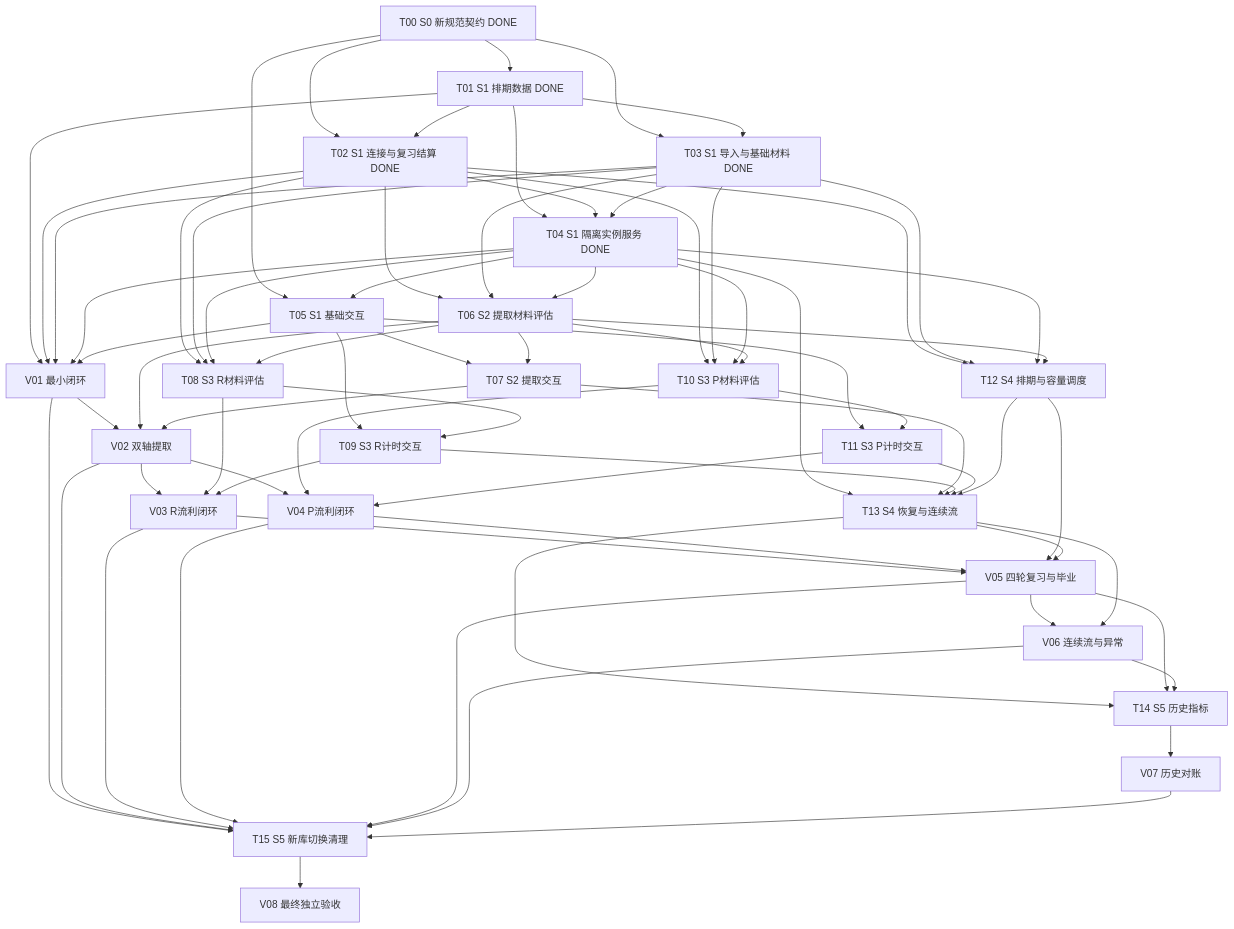
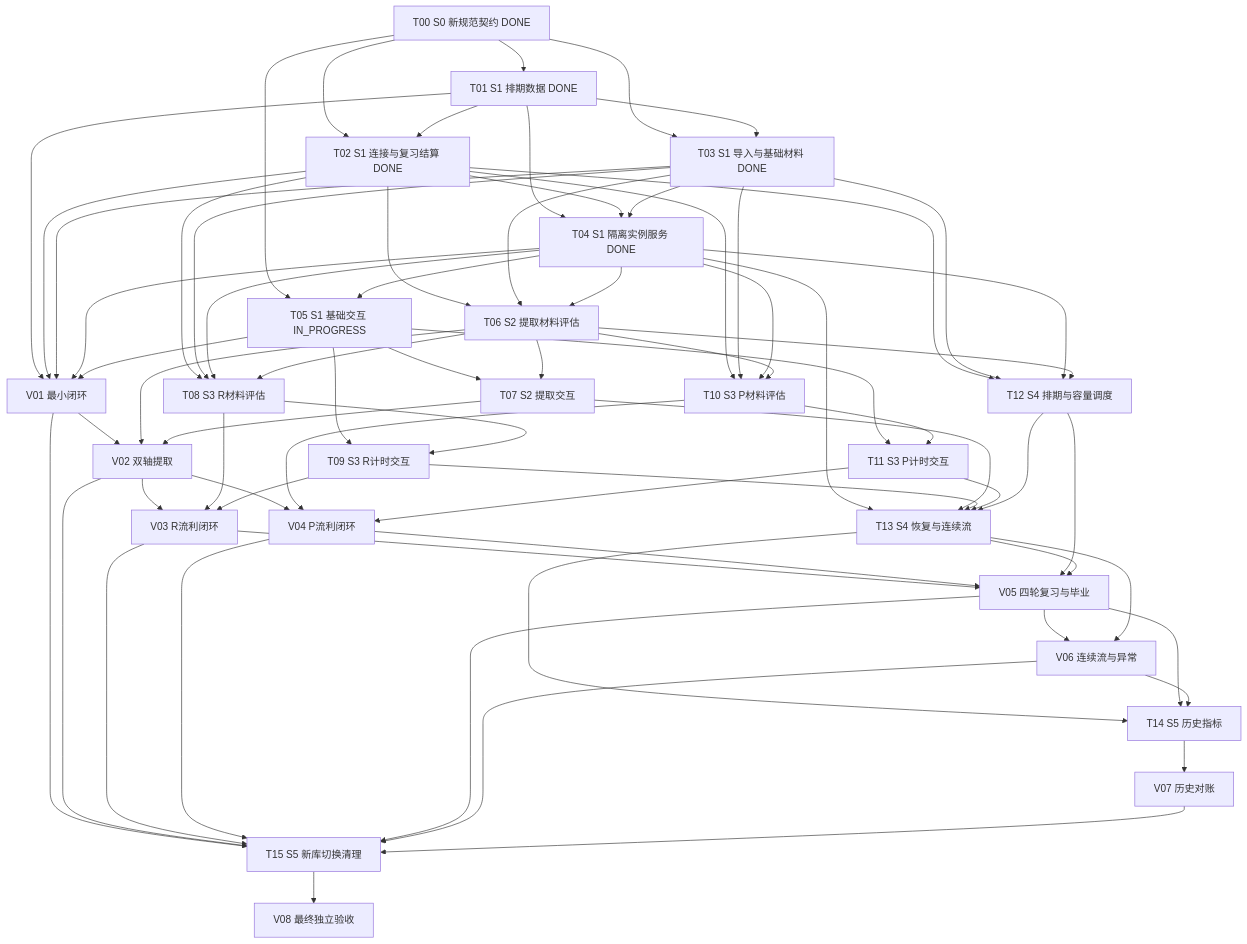
Before and after one commit to logact/flow: the diagram in docs/task-implementation-new-algorithm.md, drawn with Mermaid. The commit also changed other lines of this file and 1 other file, not shown here.

```diff
--- a/docs/task-implementation-new-algorithm.md
+++ b/docs/task-implementation-new-algorithm.md
@@ -334,7 +335,7 @@
   T02["T02 S1 连接与复习结算 DONE"]
   T03["T03 S1 导入与基础材料 DONE"]
   T04["T04 S1 隔离实例服务 DONE"]
-  T05["T05 S1 基础交互"]
+  T05["T05 S1 基础交互 IN_PROGRESS"]
   V01["V01 最小闭环"]
   T06["T06 S2 提取材料评估"]
   T07["T07 S2 提取交互"]
```
